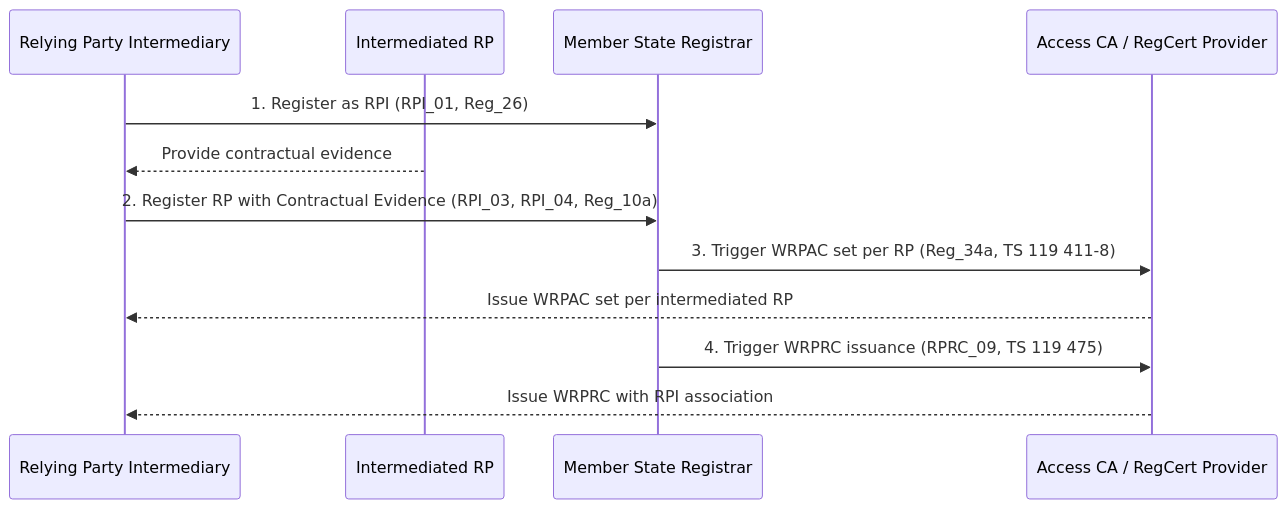
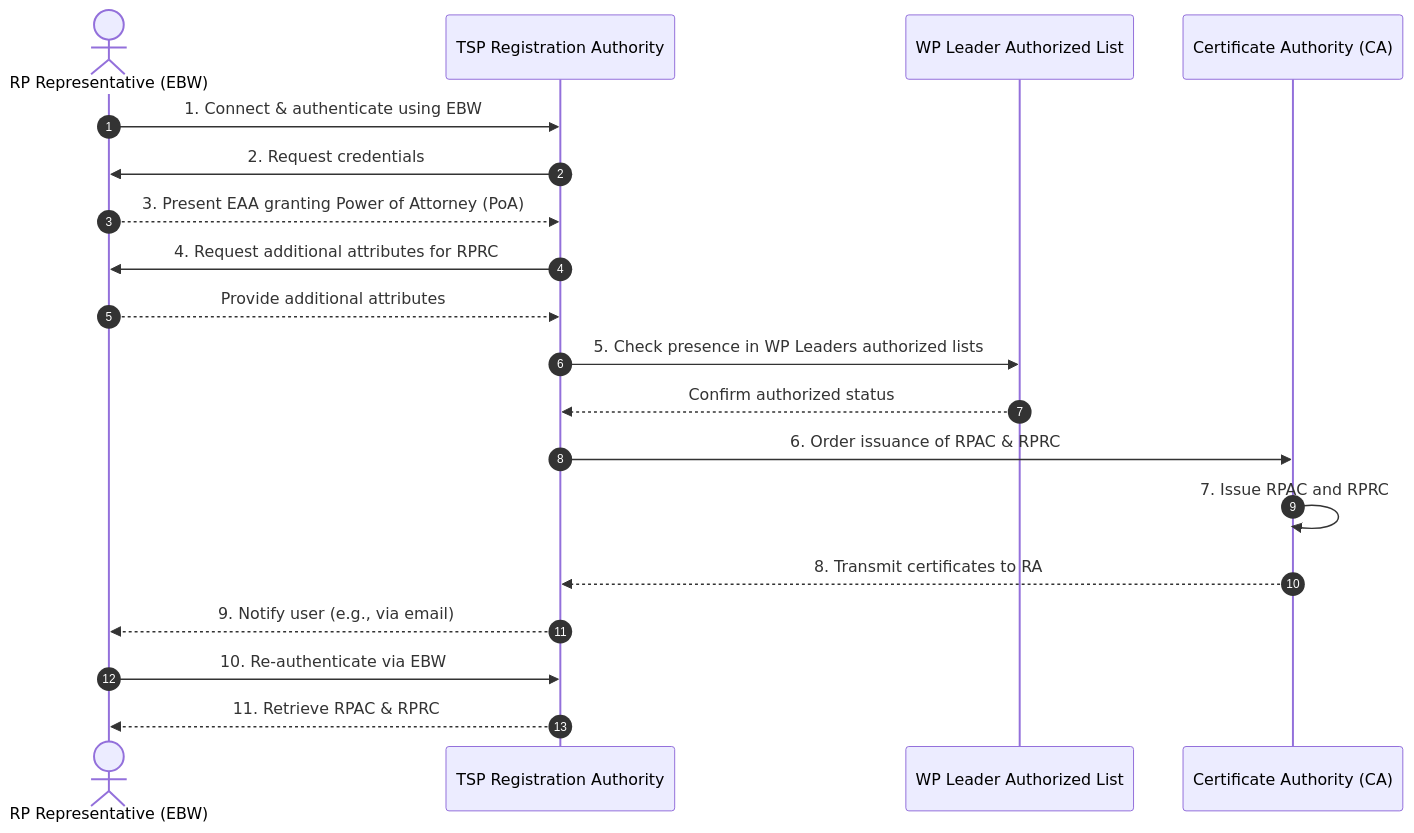
Before and after one commit to webuild-consortium/wp4-architecture: the first of 2 diagrams in conformance-specs/cs-13-intermediary-services-preflight.md, drawn with Mermaid. The commit also changed other lines of this file, not shown here.

````diff
--- a/conformance-specs/cs-13-intermediary-services-preflight.md
+++ b/conformance-specs/cs-13-intermediary-services-preflight.md
@@ -86,15 +71,22 @@
 ```mermaid
 sequenceDiagram
-    participant RPI as Relying Party Intermediary
-    participant IRP as Intermediated RP
-    participant REG as Member State Registrar
-    participant CA as Access CA / RegCert Provider
+    autonumber
+    actor User as RP Representative (EBW)
+    participant RA as TSP Registration Authority
+    participant List as WP Leader Authorized List
+    participant CA as Certificate Authority (CA)
 
-    RPI->>REG: 1. Register as RPI (RPI_01, Reg_26)
-    IRP-->>RPI: Provide contractual evidence
-    RPI->>REG: 2. Register RP with Contractual Evidence (RPI_03, RPI_04, Reg_10a)
-    REG->>CA: 3. Trigger WRPAC set per RP (Reg_34a, TS 119 411-8)
-    CA-->>RPI: Issue WRPAC set per intermediated RP
-    REG->>CA: 4. Trigger WRPRC issuance (RPRC_09, TS 119 475)
-    CA-->>RPI: Issue WRPRC with RPI association
+    User->>RA: 1. Connect & authenticate using EBW
+    RA->>User: 2. Request credentials
+    User-->>RA: 3. Present EAA granting Power of Attorney (PoA)
+    RA->>User: 4. Request additional attributes for RPRC
+    User-->>RA: Provide additional attributes
+    RA->>List: 5. Check presence in WP Leaders authorized lists
+    List-->>RA: Confirm authorized status
+    RA->>CA: 6. Order issuance of RPAC & RPRC
+    CA->>CA: 7. Issue RPAC and RPRC
+    CA-->>RA: 8. Transmit certificates to RA
+    RA-->>User: 9. Notify user (e.g., via email)
+    User->>RA: 10. Re-authenticate via EBW
+    RA-->>User: 11. Retrieve RPAC & RPRC
 ```
````
